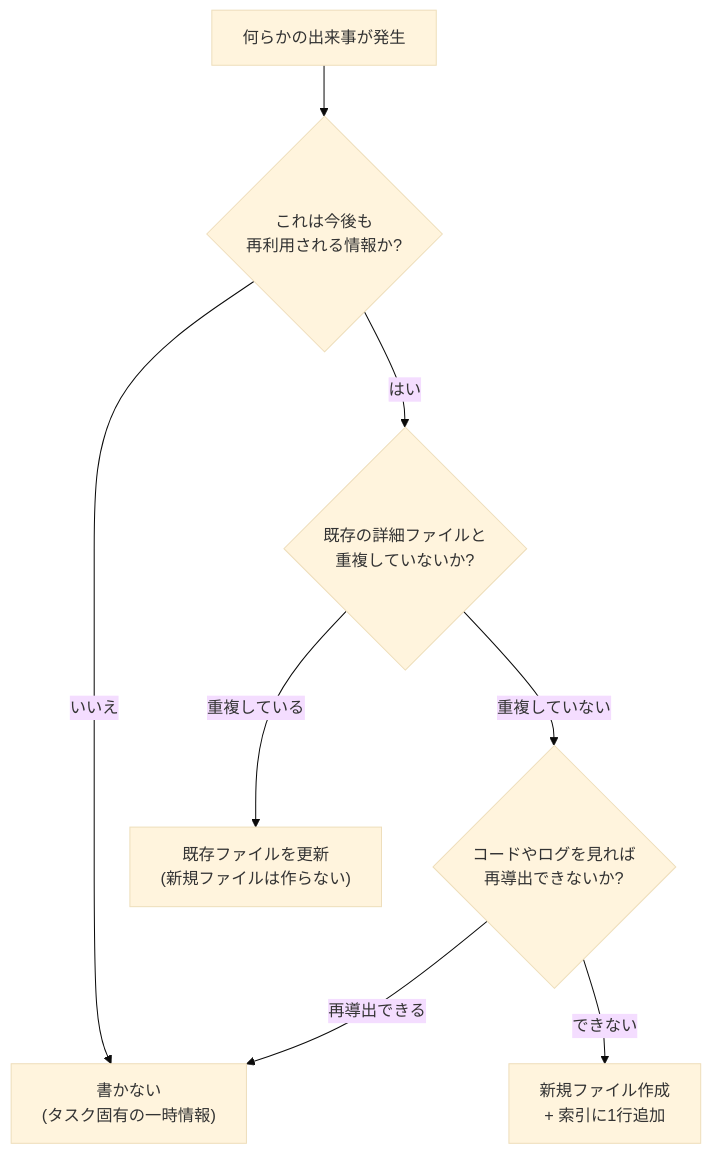
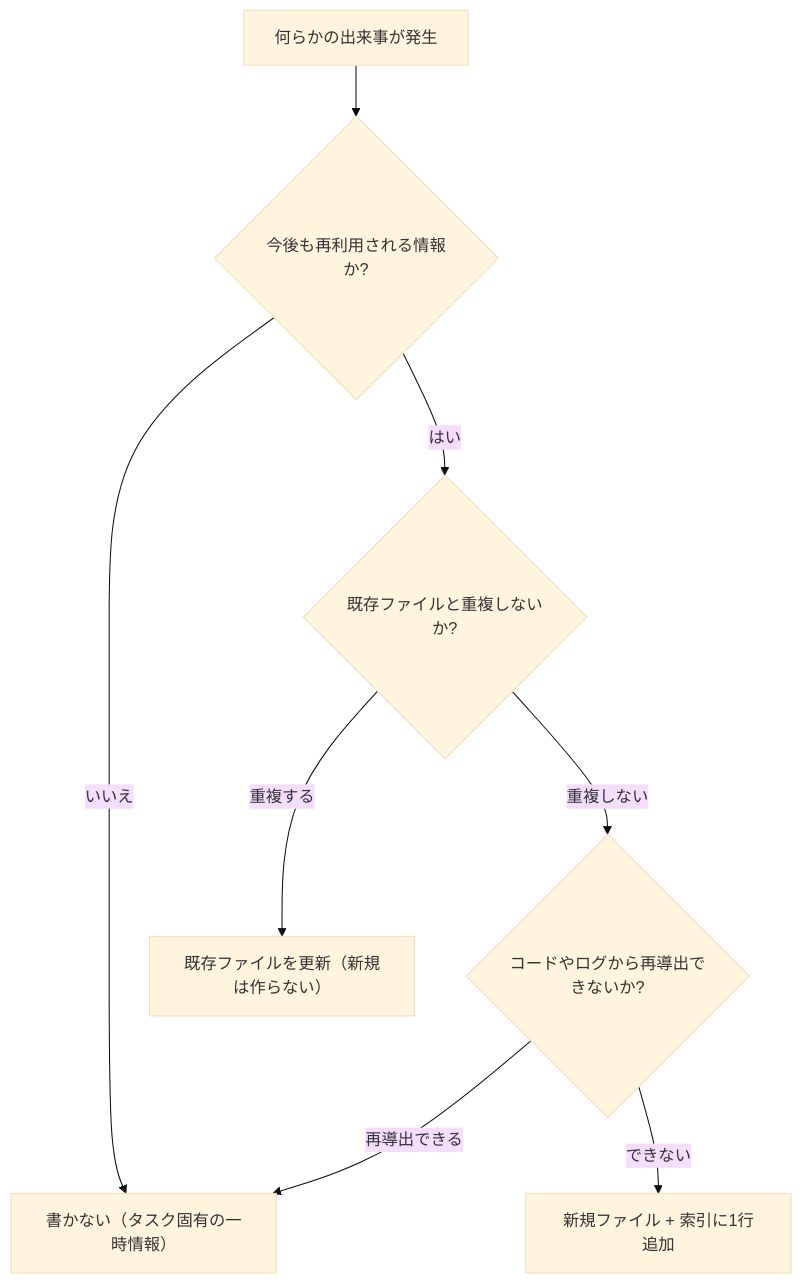
One commit to gucchi123/zenn-articles changed the diagram in articles/ai-agent-memory-schema-concrete.md. Above: the diagram before and after it, drawn with Mermaid (base theme). The commit also changed other lines of this file, not shown here.

Commit message:
Deepen memory-schema article: real token measurements, vector-DB comparison, working code, failure modes

````diff
--- a/articles/ai-agent-memory-schema-concrete.md
+++ b/articles/ai-agent-memory-schema-concrete.md
@@ -88,10 +202,10 @@
 ```mermaid
 flowchart TD
-  E["何らかの出来事が発生"] --> Q1{"これは今後も\n再利用される情報か?"}
-  Q1 -->|いいえ| SKIP["書かない\n(タスク固有の一時情報)"]
-  Q1 -->|はい| Q2{"既存の詳細ファイルと\n重複していないか?"}
-  Q2 -->|重複している| UPDATE["既存ファイルを更新\n(新規ファイルは作らない)"]
-  Q2 -->|重複していない| Q3{"コードやログを見れば\n再導出できないか?"}
+  E["何らかの出来事が発生"] --> Q1{"今後も再利用される情報か?"}
+  Q1 -->|いいえ| SKIP["書かない（タスク固有の一時情報）"]
+  Q1 -->|はい| Q2{"既存ファイルと重複しないか?"}
+  Q2 -->|重複する| UPDATE["既存ファイルを更新（新規は作らない）"]
+  Q2 -->|重複しない| Q3{"コードやログから再導出できないか?"}
   Q3 -->|再導出できる| SKIP
-  Q3 -->|できない| NEW["新規ファイル作成\n+ 索引に1行追加"]
+  Q3 -->|できない| NEW["新規ファイル + 索引に1行追加"]
 ```
````
